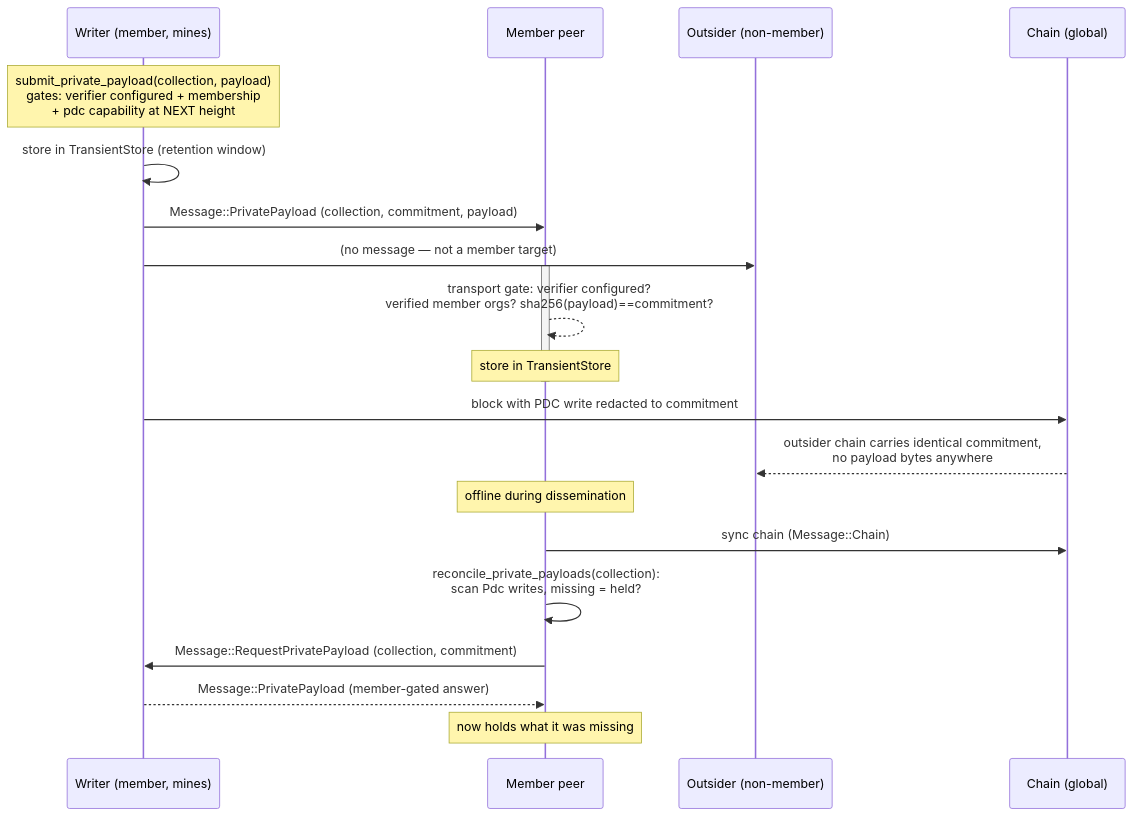
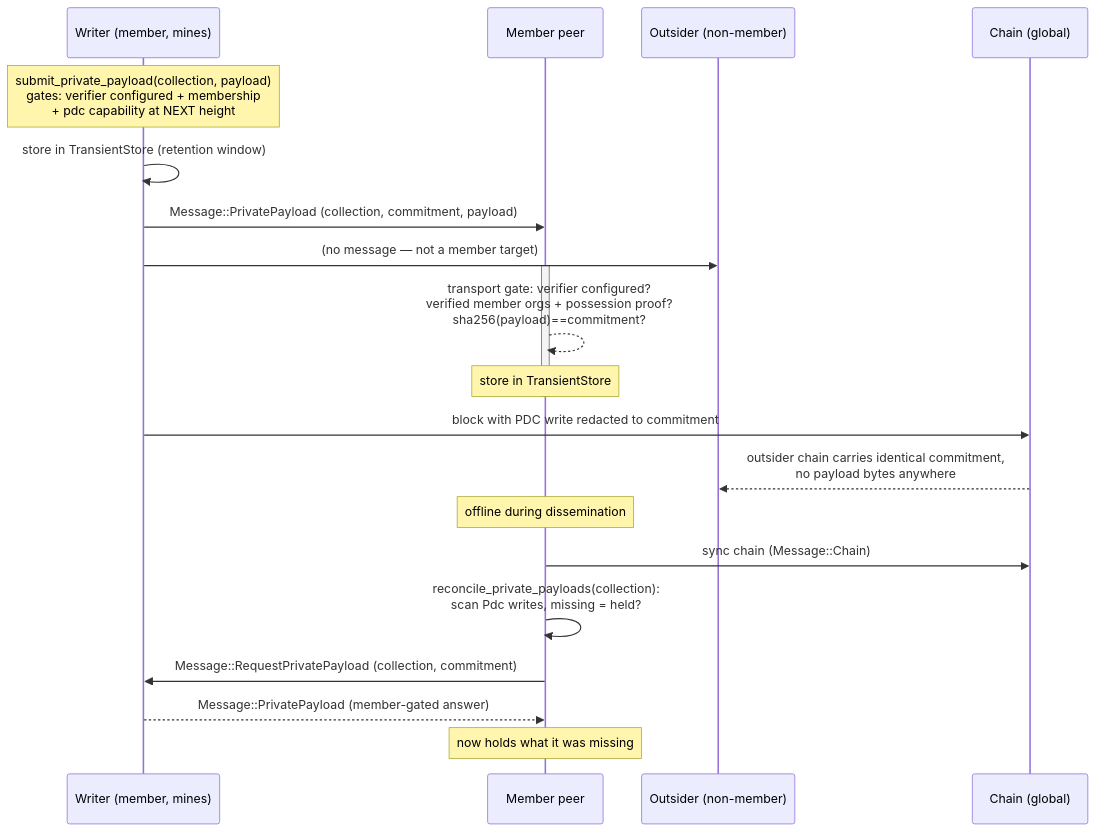
One commit to dbbvitor/GlassChain changed the second of 2 diagrams in docs/privacy-and-identity.md. Above: the diagram before and after it, drawn with Mermaid. The commit also changed other lines of this file and 9 other files, not shown here.

````diff
--- a/docs/privacy-and-identity.md
+++ b/docs/privacy-and-identity.md
@@ -568,25 +568,25 @@
 ```mermaid
 sequenceDiagram
     participant W as Writer (member, mines)
     participant M as Member peer
     participant O as Outsider (non-member)
     participant C as Chain (global)
 
     Note over W: submit_private_payload(collection, payload)<br/>gates: verifier configured + membership<br/>+ pdc capability at NEXT height
     W->>W: store in TransientStore (retention window)
     W->>M: Message::PrivatePayload (collection, commitment, payload)
     W->>O: (no message — not a member target)
     activate M
-    M-->>M: transport gate: verifier configured?<br/>verified member orgs? sha256(payload)==commitment?
+    M-->>M: transport gate: verifier configured?<br/>verified member orgs + possession proof?<br/>sha256(payload)==commitment?
     Note over M: store in TransientStore
     deactivate M
     W->>C: block with PDC write redacted to commitment
     C-->>O: outsider chain carries identical commitment,<br/>no payload bytes anywhere
 
     Note over M: offline during dissemination
     M->>C: sync chain (Message::Chain)
     M->>M: reconcile_private_payloads(collection):<br/>scan Pdc writes, missing = held?
     M->>W: Message::RequestPrivatePayload (collection, commitment)
     W-->>M: Message::PrivatePayload (member-gated answer)
     Note over M: now holds what it was missing
 ```
````
